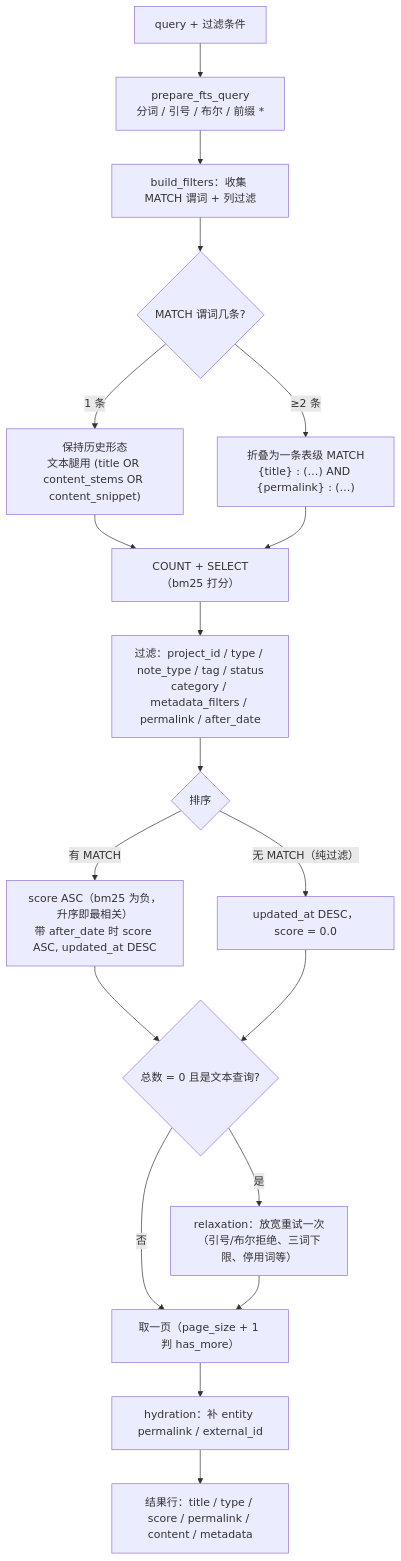
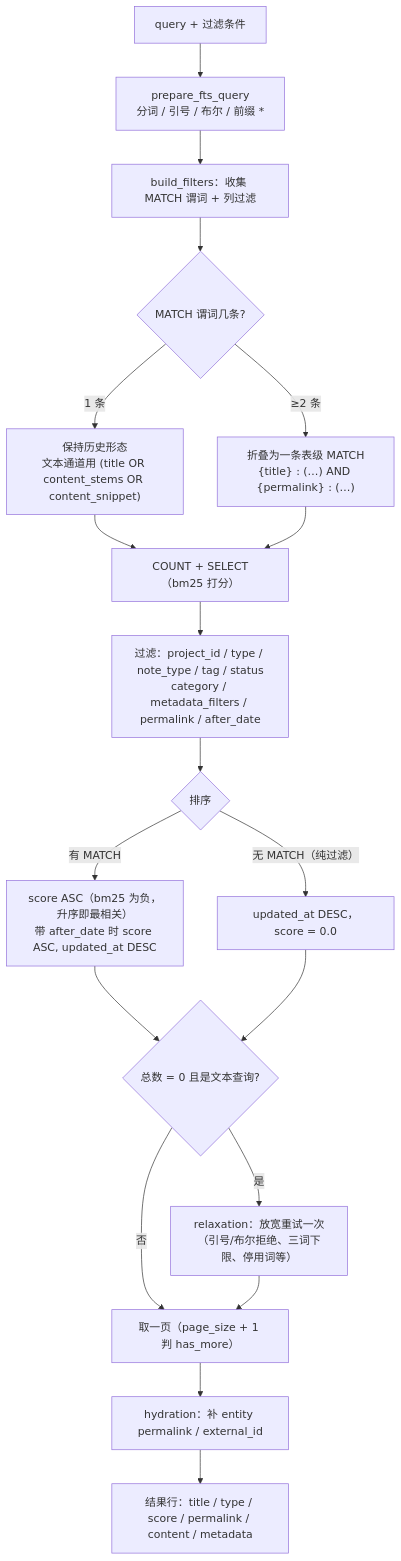
Before and after one commit to rust-infra/auto-memory-rs: the eighth of 12 diagrams in docs/architecture-guide.md, drawn with Mermaid. The commit also changed other lines of this file and 19 other files, not shown here.

````diff
--- a/docs/architecture-guide.md
+++ b/docs/architecture-guide.md
@@ -367,21 +367,21 @@
 ```mermaid
 flowchart TB
     A["query + 过滤条件"] --> B["prepare_fts_query<br/>分词 / 引号 / 布尔 / 前缀 *"]
     B --> C["build_filters：收集 MATCH 谓词 + 列过滤"]
     C --> C1{"MATCH 谓词几条?"}
-    C1 -->|"1 条"| C2["保持历史形态<br/>文本腿用 (title OR content_stems OR content_snippet)"]
+    C1 -->|"1 条"| C2["保持历史形态<br/>文本通道用 (title OR content_stems OR content_snippet)"]
     C1 -->|"≥2 条"| C3["折叠为一条表级 MATCH<br/>{title} : (…) AND {permalink} : (…)"]
     C2 --> D["COUNT + SELECT（bm25 打分）"]
     C3 --> D
     D --> E["过滤：project_id / type / note_type / tag / status<br/>category / metadata_filters / permalink / after_date"]
     E --> F{"排序"}
     F -->|"有 MATCH"| F1["score ASC（bm25 为负，升序即最相关）<br/>带 after_date 时 score ASC, updated_at DESC"]
     F -->|"无 MATCH（纯过滤）"| F2["updated_at DESC，score = 0.0"]
     F1 --> G{"总数 = 0 且是文本查询?"}
     F2 --> G
     G -->|是| H["relaxation：放宽重试一次<br/>（引号/布尔拒绝、三词下限、停用词等）"]
     G -->|否| I["取一页（page_size + 1 判 has_more）"]
     H --> I
     I --> J["hydration：补 entity permalink / external_id"]
     J --> K["结果行：title / type / score / permalink / content / metadata"]
 ```
````
